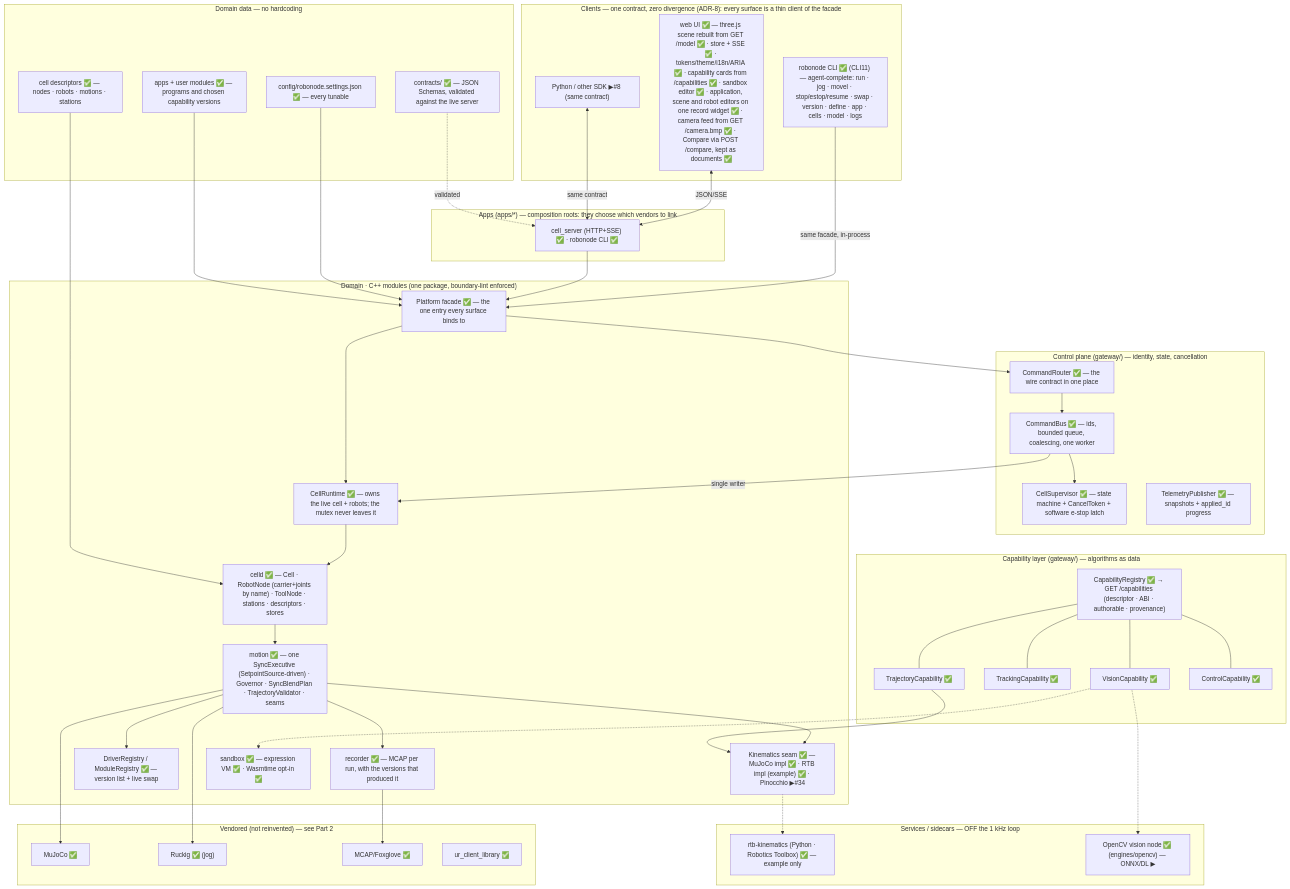
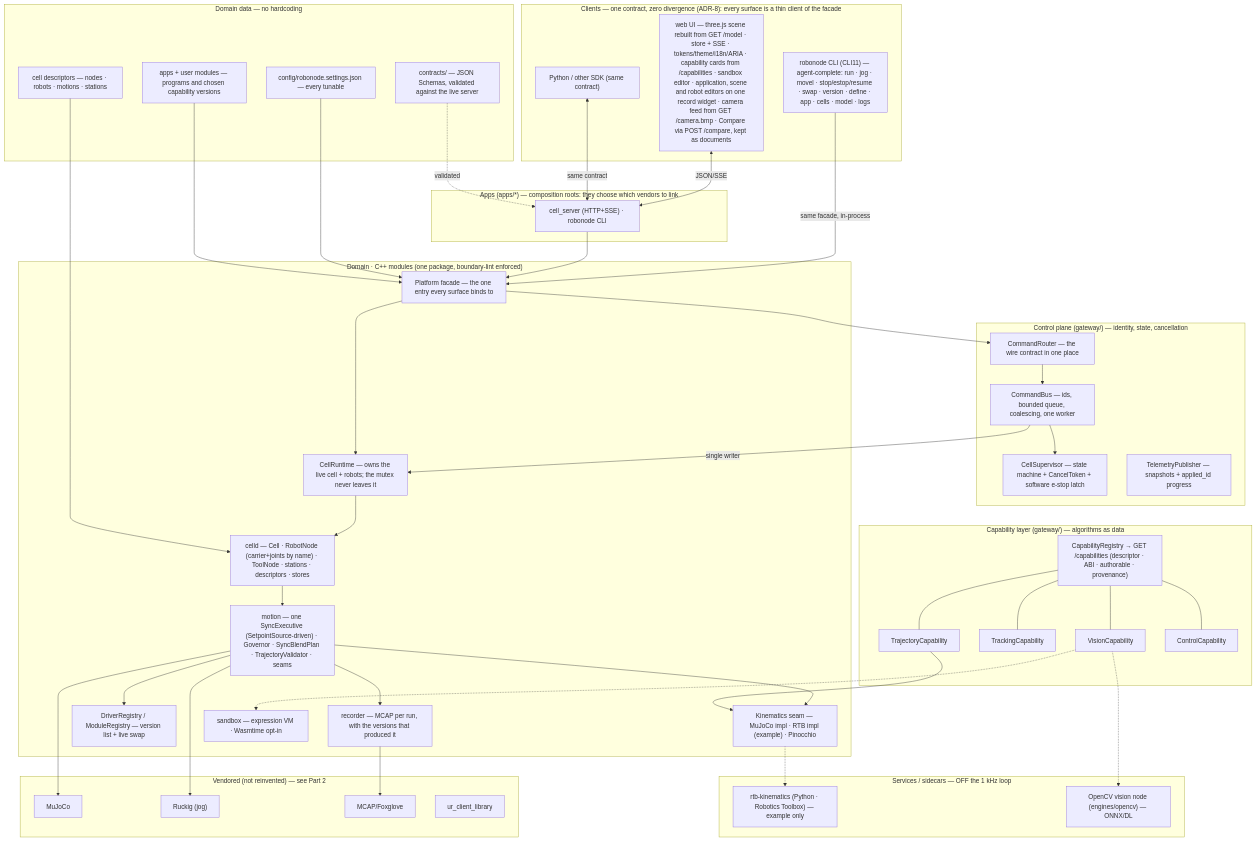
The first of 4 diagrams in docs/ARCHITECTURE.md (brmel/robonode), drawn with Mermaid before and after one commit. The commit also changed other lines of this file and 16 other files, not shown here.

````diff
--- a/docs/ARCHITECTURE.md
+++ b/docs/ARCHITECTURE.md
@@ -24,62 +38,62 @@
 ```mermaid
 flowchart TB
   subgraph FE["Clients — one contract, zero divergence (ADR-8): every surface is a thin client of the facade"]
-    UI["web UI ✅ — three.js scene rebuilt from GET /model ✅ · store + SSE ✅ · tokens/theme/i18n/ARIA ✅ · capability cards from /capabilities ✅ · sandbox editor ✅ · application, scene and robot editors on one record widget ✅ · camera feed from GET /camera.bmp ✅ · Compare via POST /compare, kept as documents ✅"]
-    CLI["robonode CLI ✅ (CLI11) — agent-complete: run · jog · movel · stop/estop/resume · swap · version · define · app · cells · model · logs"]
-    SDK["Python / other SDK ▶#8 (same contract)"]
+    UI["web UI — three.js scene rebuilt from GET /model · store + SSE · tokens/theme/i18n/ARIA · capability cards from /capabilities · sandbox editor · application, scene and robot editors on one record widget · camera feed from GET /camera.bmp · Compare via POST /compare, kept as documents"]
+    CLI["robonode CLI (CLI11) — agent-complete: run · jog · movel · stop/estop/resume · swap · version · define · app · cells · model · logs"]
+    SDK["Python / other SDK (same contract)"]
   end
   subgraph APP["Apps (apps/*) — composition roots: they choose which vendors to link"]
-    SRV["cell_server (HTTP+SSE) ✅ · robonode CLI ✅"]
+    SRV["cell_server (HTTP+SSE) · robonode CLI"]
   end
   subgraph CTRL["Control plane (gateway/) — identity, state, cancellation"]
-    ROUTER["CommandRouter ✅ — the wire contract in one place"]
-    BUS["CommandBus ✅ — ids, bounded queue, coalescing, one worker"]
-    SUP["CellSupervisor ✅ — state machine + CancelToken + software e-stop latch"]
-    TELE["TelemetryPublisher ✅ — snapshots + applied_id progress"]
+    ROUTER["CommandRouter — the wire contract in one place"]
+    BUS["CommandBus — ids, bounded queue, coalescing, one worker"]
+    SUP["CellSupervisor — state machine + CancelToken + software e-stop latch"]
+    TELE["TelemetryPublisher — snapshots + applied_id progress"]
   end
   subgraph CAP["Capability layer (gateway/) — algorithms as data"]
-    CAPREG["CapabilityRegistry ✅ → GET /capabilities (descriptor · ABI · authorable · provenance)"]
-    VIS_C["VisionCapability ✅"] ; TRK_C["TrackingCapability ✅"] ; TRAJ_C["TrajectoryCapability ✅"] ; CTL_C["ControlCapability ✅"]
+    CAPREG["CapabilityRegistry → GET /capabilities (descriptor · ABI · authorable · provenance)"]
+    VIS_C["VisionCapability"] ; TRK_C["TrackingCapability"] ; TRAJ_C["TrajectoryCapability"] ; CTL_C["ControlCapability"]
   end
   subgraph BE["Domain · C++ modules (one package, boundary-lint enforced)"]
-    FACADE["Platform facade ✅ — the one entry every surface binds to"]
-    RUNTIME["CellRuntime ✅ — owns the live cell + robots; the mutex never leaves it"]
-    CELLD["celld ✅ — Cell · RobotNode (carrier+joints by name) · ToolNode · stations · descriptors · stores"]
-    MOTION["motion ✅ — one SyncExecutive (SetpointSource-driven) · Governor · SyncBlendPlan · TrajectoryValidator · seams"]
-    KIN["Kinematics seam ✅ — MuJoCo impl ✅ · RTB impl (example) ✅ · Pinocchio ▶#34"]
-    REG["DriverRegistry / ModuleRegistry ✅ — version list + live swap"]
-    REC["recorder ✅ — MCAP per run, with the versions that produced it"]
-    SAND["sandbox ✅ — expression VM ✅ · Wasmtime opt-in ✅"]
+    FACADE["Platform facade — the one entry every surface binds to"]
+    RUNTIME["CellRuntime — owns the live cell + robots; the mutex never leaves it"]
+    CELLD["celld — Cell · RobotNode (carrier+joints by name) · ToolNode · stations · descriptors · stores"]
+    MOTION["motion — one SyncExecutive (SetpointSource-driven) · Governor · SyncBlendPlan · TrajectoryValidator · seams"]
+    KIN["Kinematics seam — MuJoCo impl · RTB impl (example) · Pinocchio"]
+    REG["DriverRegistry / ModuleRegistry — version list + live swap"]
+    REC["recorder — MCAP per run, with the versions that produced it"]
+    SAND["sandbox — expression VM · Wasmtime opt-in"]
   end
   subgraph SVC["Services / sidecars — OFF the 1 kHz loop"]
-    RTB["rtb-kinematics (Python · Robotics Toolbox) ✅ — example only"]
-    VISS["OpenCV vision node ✅ (engines/opencv) — ONNX/DL ▶"]
+    RTB["rtb-kinematics (Python · Robotics Toolbox) — example only"]
+    VISS["OpenCV vision node (engines/opencv) — ONNX/DL"]
   end
   subgraph DEP["Vendored (not reinvented) — see Part 2"]
-    MJ["MuJoCo ✅"] ; RUCK["Ruckig ✅ (jog)"] ; MCAPD["MCAP/Foxglove ✅"] ; URCL["ur_client_library ✅"]
+    MJ["MuJoCo"] ; RUCK["Ruckig (jog)"] ; MCAPD["MCAP/Foxglove"] ; URCL["ur_client_library"]
   end
   subgraph DOMAIN["Domain data — no hardcoding"]
-    CONTRACTS["contracts/ ✅ — JSON Schemas, validated against the live server"]
-    DESC["cell descriptors ✅ — nodes · robots · motions · stations"]
-    SETTINGS["config/robonode.settings.json ✅ — every tunable"]
-    APPS["apps + user modules ✅ — programs and chosen capability versions"]
+    CONTRACTS["contracts/ — JSON Schemas, validated against the live server"]
+    DESC["cell descriptors — nodes · robots · motions · stations"]
+    SETTINGS["config/robonode.settings.json — every tunable"]
+    APPS["apps + user modules — programs and chosen capability versions"]
   end
 
   UI <-->|JSON/SSE| SRV
   CLI -->|same facade, in-process| FACADE
   SDK <-->|same contract| SRV
   SRV --> FACADE --> RUNTIME
   FACADE --> ROUTER --> BUS --> SUP
   BUS -->|single writer| RUNTIME
   RUNTIME --> CELLD --> MOTION --> REG
   CAPREG --- VIS_C & TRK_C & TRAJ_C & CTL_C
   MOTION --> KIN
   MOTION --> REC --> MCAPD
   TRAJ_C --> KIN
   VIS_C -.-> SAND
   MOTION --> MJ ; MOTION --> RUCK
   KIN -.-> RTB
   VIS_C -.-> VISS
   DESC --> CELLD ; SETTINGS --> FACADE ; CONTRACTS -.->|validated| SRV
   APPS --> FACADE
 ```
````
